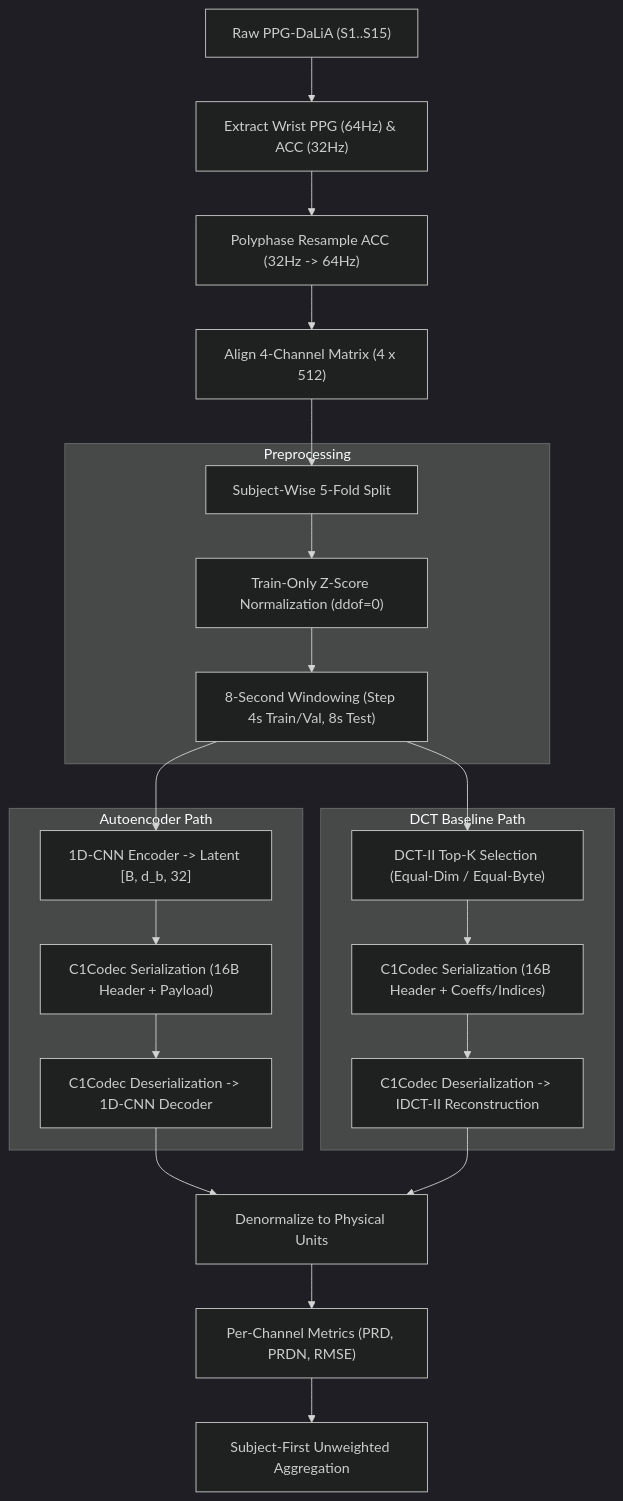
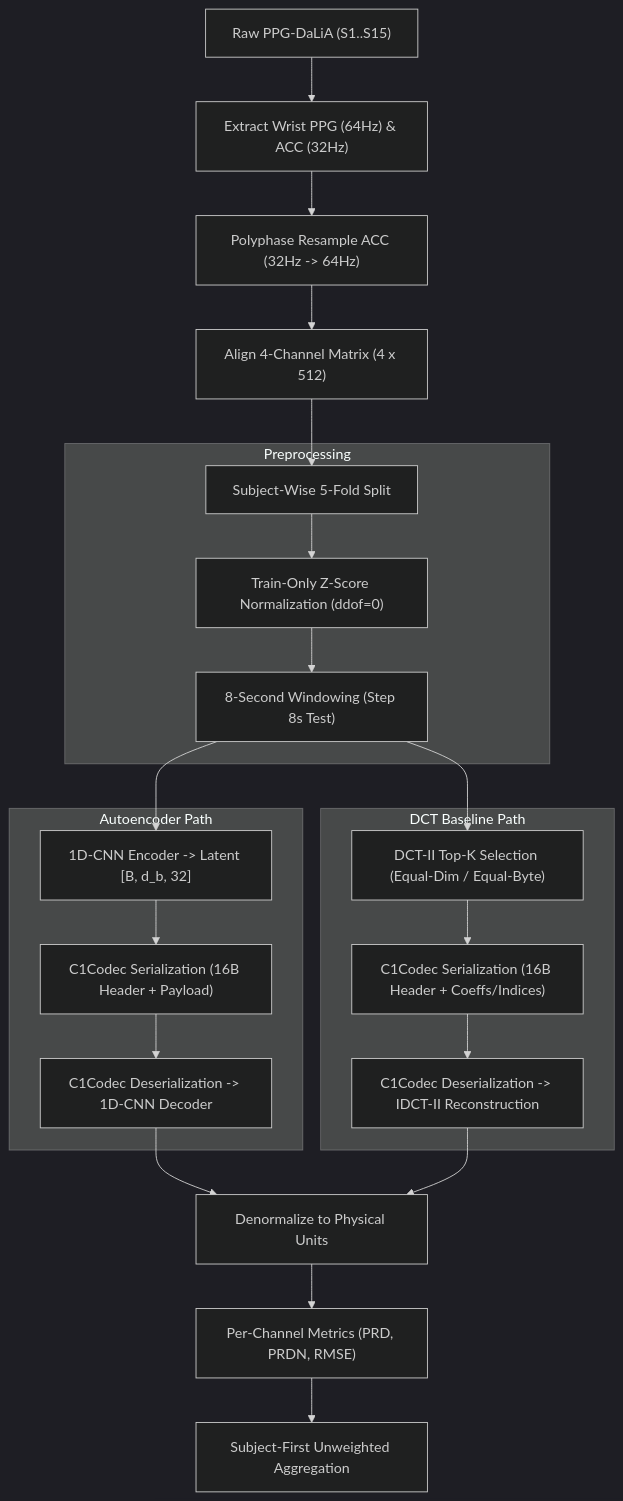
One commit to sai-ctruong/iot_C1_AE_DCT changed the diagram in C1_AE_DCT/README.md. Above: the diagram before and after it, drawn with Mermaid (dark theme). The commit also changed other lines of this file and 140 other files, not shown here.

````diff
--- a/C1_AE_DCT/README.md
+++ b/C1_AE_DCT/README.md
@@ -64,29 +72,29 @@
 ```mermaid
 flowchart TD
     A["Raw PPG-DaLiA (S1..S15)"] --> B["Extract Wrist PPG (64Hz) & ACC (32Hz)"]
     B --> C["Polyphase Resample ACC (32Hz -> 64Hz)"]
     C --> D["Align 4-Channel Matrix (4 x 512)"]
     D --> E["Subject-Wise 5-Fold Split"]
     
     subgraph Preprocessing
         E --> F["Train-Only Z-Score Normalization (ddof=0)"]
-        F --> G["8-Second Windowing (Step 4s Train/Val, 8s Test)"]
+        F --> G["8-Second Windowing (Step 8s Test)"]
     end
     
     subgraph Autoencoder Path
         G --> H["1D-CNN Encoder -> Latent [B, d_b, 32]"]
         H --> I["C1Codec Serialization (16B Header + Payload)"]
         I --> J["C1Codec Deserialization -> 1D-CNN Decoder"]
     end
 
     subgraph DCT Baseline Path
         G --> K["DCT-II Top-K Selection (Equal-Dim / Equal-Byte)"]
         K --> L["C1Codec Serialization (16B Header + Coeffs/Indices)"]
         L --> M["C1Codec Deserialization -> IDCT-II Reconstruction"]
     end
 
     J --> N["Denormalize to Physical Units"]
     M --> N
     N --> O["Per-Channel Metrics (PRD, PRDN, RMSE)"]
     O --> P["Subject-First Unweighted Aggregation"]
 ```
````
